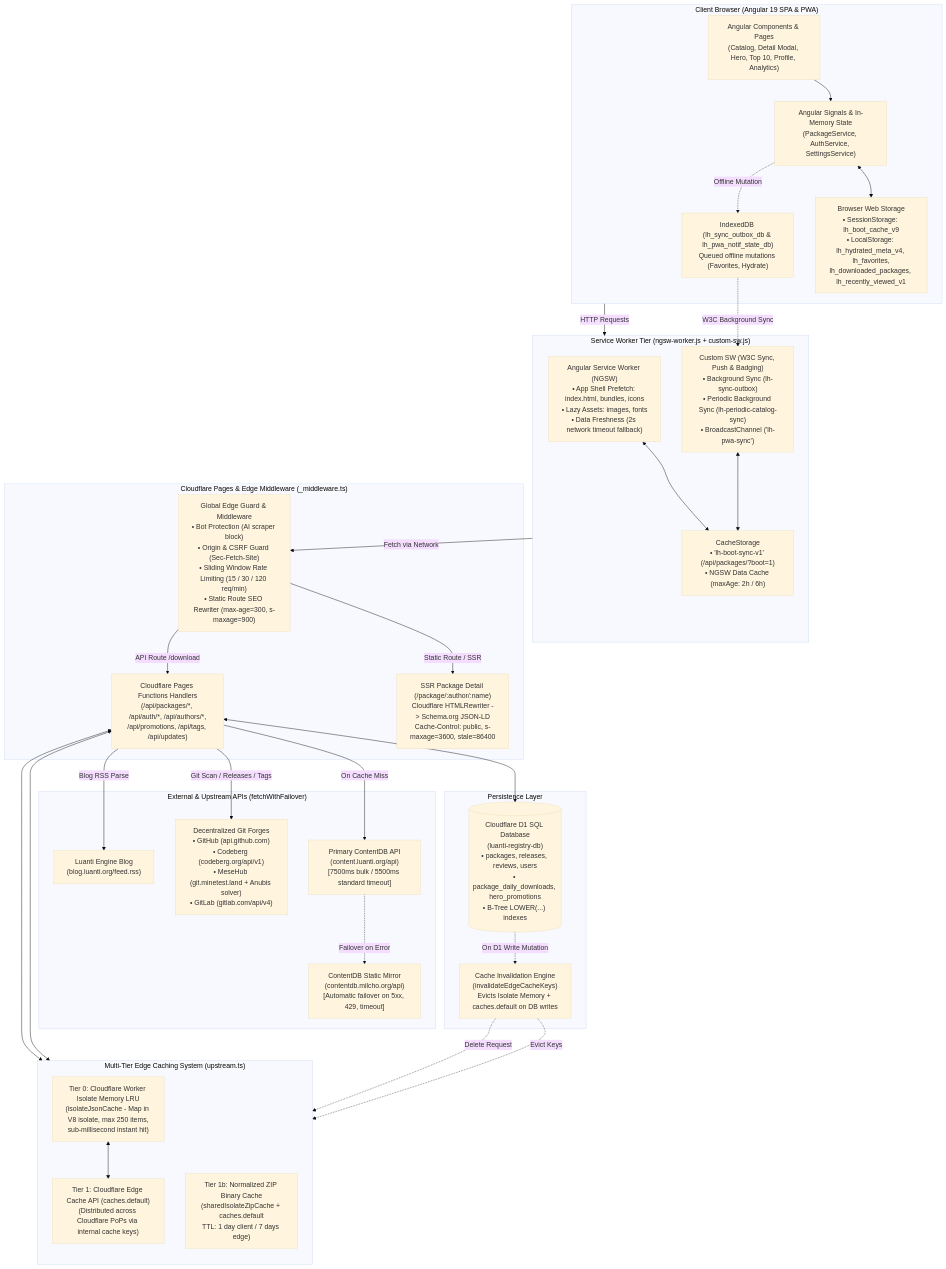
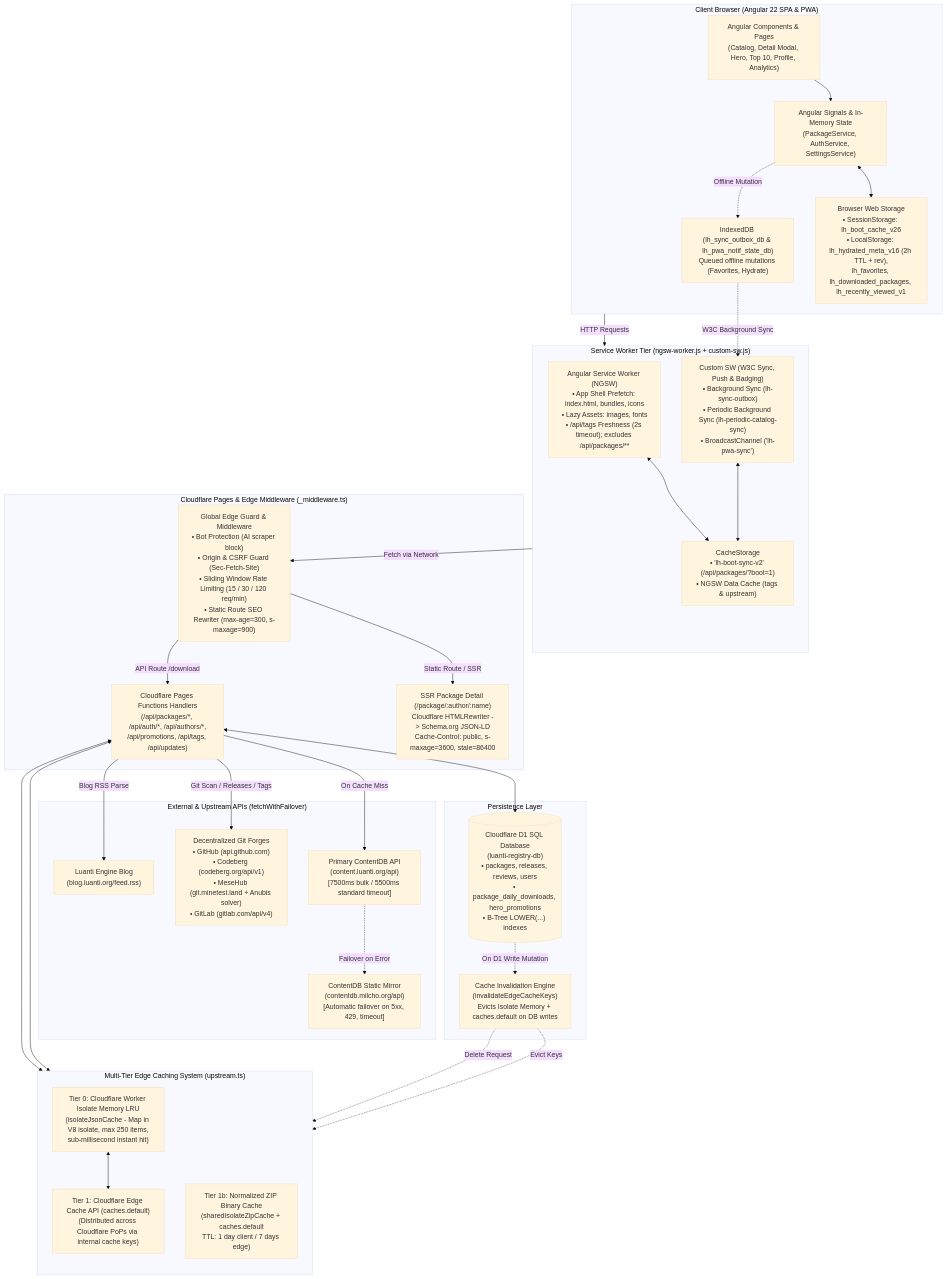
Before and after one commit to sakel-hub/luanti-hub: the diagram in docs/api-and-cache-architecture.md, drawn with Mermaid (base theme). The commit also changed other lines of this file and 27 other files, not shown here.

First line of the commit message:
fix(cache,packages,ui): sync Git licenses, strip false ContentDB badges, and harden 7-tier caching

````diff
--- a/docs/api-and-cache-architecture.md
+++ b/docs/api-and-cache-architecture.md
@@ -20,75 +20,75 @@
 ```mermaid
 flowchart TD
     %% ================= Client / Front-End =================
-    subgraph Client ["Client Browser (Angular 19 SPA & PWA)"]
+    subgraph Client ["Client Browser (Angular 22 SPA & PWA)"]
         UI["Angular Components & Pages\n(Catalog, Detail Modal, Hero, Top 10, Profile, Analytics)"]
         State["Angular Signals & In-Memory State\n(PackageService, AuthService, SettingsService)"]
-        LocalStore["Browser Web Storage\n• SessionStorage: lh_boot_cache_v9\n• LocalStorage: lh_hydrated_meta_v4, lh_favorites,\nlh_downloaded_packages, lh_recently_viewed_v1"]
+        LocalStore["Browser Web Storage\n• SessionStorage: lh_boot_cache_v26\n• LocalStorage: lh_hydrated_meta_v16 (2h TTL + rev),\nlh_favorites, lh_downloaded_packages, lh_recently_viewed_v1"]
         IdbOutbox["IndexedDB (lh_sync_outbox_db & lh_pwa_notif_state_db)\nQueued offline mutations (Favorites, Hydrate)"]
 
         UI --> State
         State <--> LocalStore
         State -.->|Offline Mutation| IdbOutbox
     end
 
     %% ================= Service Worker Layer =================
     subgraph SW ["Service Worker Tier (ngsw-worker.js + custom-sw.js)"]
-        NGSW["Angular Service Worker (NGSW)\n• App Shell Prefetch: index.html, bundles, icons\n• Lazy Assets: images, fonts\n• Data Freshness (2s network timeout fallback)"]
+        NGSW["Angular Service Worker (NGSW)\n• App Shell Prefetch: index.html, bundles, icons\n• Lazy Assets: images, fonts\n• /api/tags Freshness (2s timeout); excludes /api/packages/**"]
         CustomSW["Custom SW (W3C Sync, Push & Badging)\n• Background Sync (lh-sync-outbox)\n• Periodic Background Sync (lh-periodic-catalog-sync)\n• BroadcastChannel ('lh-pwa-sync')"]
-        SWCacheStorage["CacheStorage\n• 'lh-boot-sync-v1' (/api/packages/?boot=1)\n• NGSW Data Cache (maxAge: 2h / 6h)"]
+        SWCacheStorage["CacheStorage\n• 'lh-boot-sync-v2' (/api/packages/?boot=1)\n• NGSW Data Cache (tags & upstream)"]
 
         IdbOutbox -.->|W3C Background Sync| CustomSW
         CustomSW <--> SWCacheStorage
         NGSW <--> SWCacheStorage
     end
 
     Client -->|HTTP Requests| SW
     SW -->|Fetch via Network| EdgeGuard
 
     %% ================= Cloudflare Pages & Middleware =================
     subgraph CFEdge ["Cloudflare Pages & Edge Middleware (_middleware.ts)"]
         EdgeGuard["Global Edge Guard & Middleware\n• Bot Protection (AI scraper block)\n• Origin & CSRF Guard (Sec-Fetch-Site)\n• Sliding Window Rate Limiting (15 / 30 / 120 req/min)\n• Static Route SEO Rewriter (max-age=300, s-maxage=900)"]
         SSRSEO["SSR Package Detail (/package/:author/:name)\nCloudflare HTMLRewriter -> Schema.org JSON-LD\nCache-Control: public, s-maxage=3600, stale=86400"]
         APIRouters["Cloudflare Pages Functions Handlers\n(/api/packages/*, /api/auth/*, /api/authors/*,\n/api/promotions, /api/tags, /api/updates)"]
 
         EdgeGuard -->|Static Route / SSR| SSRSEO
         EdgeGuard -->|API Route /download| APIRouters
     end
 
     %% ================= Edge Caching Tiers =================
     subgraph CachingTiers ["Multi-Tier Edge Caching System (upstream.ts)"]
         direction TB
         Tier0["Tier 0: Cloudflare Worker Isolate Memory LRU\n(isolateJsonCache - Map in V8 isolate, max 250 items,\nsub-millisecond instant hit)"]
         Tier1["Tier 1: Cloudflare Edge Cache API (caches.default)\n(Distributed across Cloudflare PoPs via internal cache keys)"]
         TierZip["Tier 1b: Normalized ZIP Binary Cache\n(sharedIsolateZipCache + caches.default\nTTL: 1 day client / 7 days edge)"]
 
         APIRouters <--> Tier0
         Tier0 <--> Tier1
         APIRouters <--> TierZip
     end
 
     %% ================= Data Persistence =================
     subgraph Persistence ["Persistence Layer"]
         D1[("Cloudflare D1 SQL Database\n(luanti-registry-db)\n• packages, releases, reviews, users\n• package_daily_downloads, hero_promotions\n• B-Tree LOWER(...) indexes")]
         Invalidator["Cache Invalidation Engine\n(invalidateEdgeCacheKeys)\nEvicts Isolate Memory + caches.default on DB writes"]
 
         APIRouters <--> D1
         D1 -.->|On D1 Write Mutation| Invalidator
         Invalidator -.->|Evict Keys| Tier0
         Invalidator -.->|Delete Request| Tier1
     end
 
     %% ================= Upstream & External =================
     subgraph Upstreams ["External & Upstream APIs (fetchWithFailover)"]
         ContentDB["Primary ContentDB API\n(content.luanti.org/api)\n[7500ms bulk / 5500ms standard timeout]"]
         Mirror["ContentDB Static Mirror\n(contentdb.milcho.org/api)\n[Automatic failover on 5xx, 429, timeout]"]
         GitForges["Decentralized Git Forges\n• GitHub (api.github.com)\n• Codeberg (codeberg.org/api/v1)\n• MeseHub (git.minetest.land + Anubis solver)\n• GitLab (gitlab.com/api/v4)"]
         LuantiBlog["Luanti Engine Blog\n(blog.luanti.org/feed.rss)"]
 
         ContentDB -.->|Failover on Error| Mirror
     end
 
     APIRouters -->|On Cache Miss| ContentDB
     APIRouters -->|Git Scan / Releases / Tags| GitForges
     APIRouters -->|Blog RSS Parse| LuantiBlog
 ```
````
